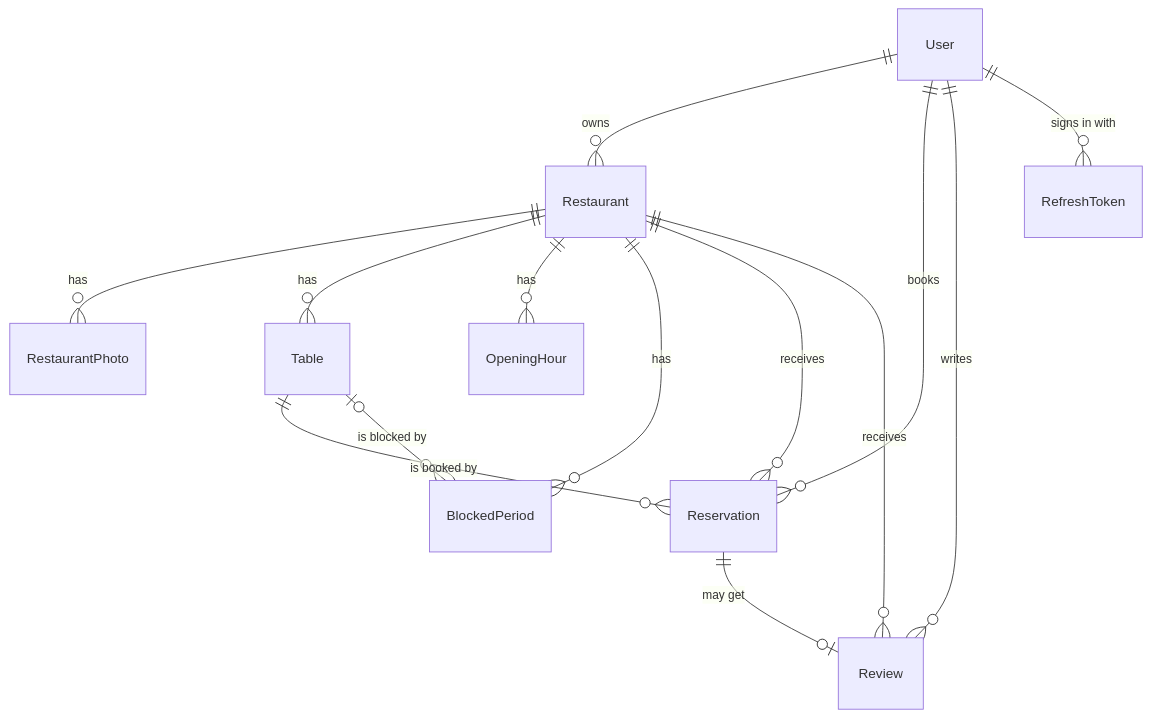
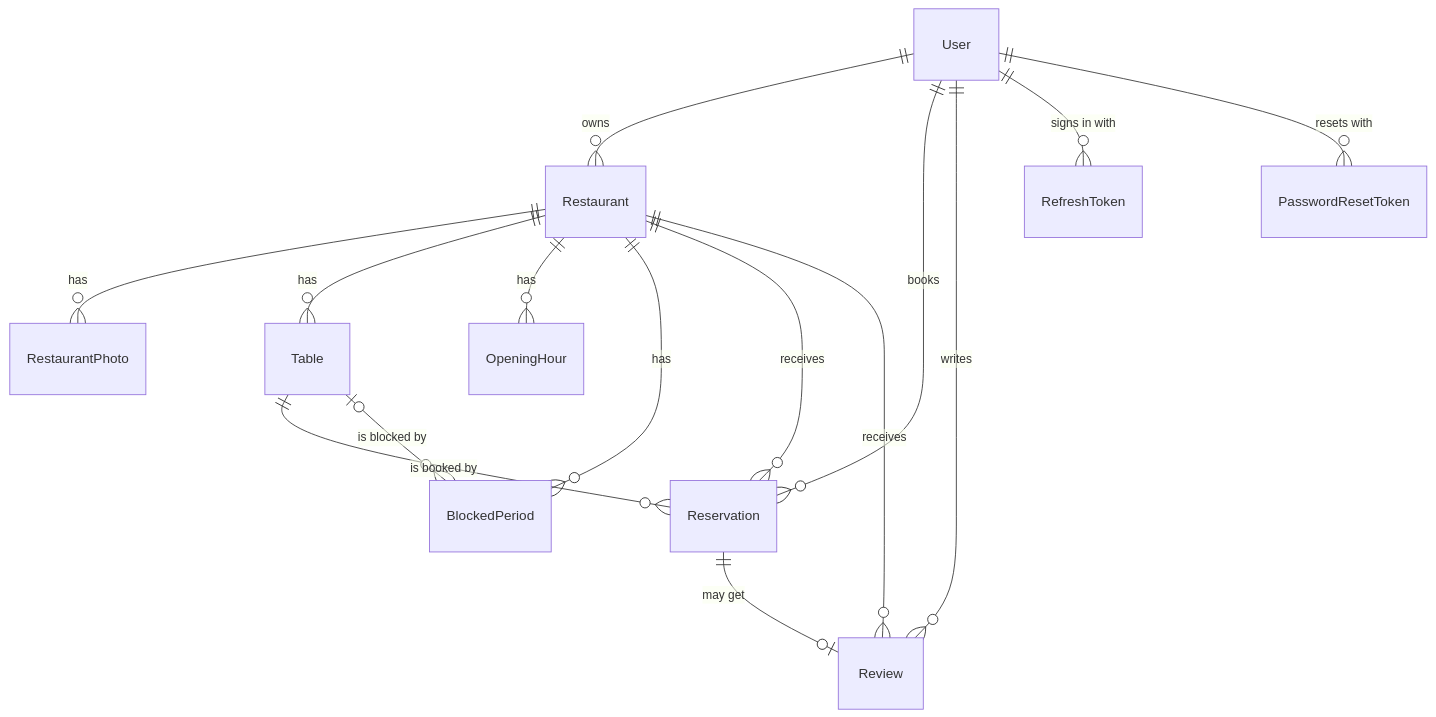
One commit to sonamansuryan/yerevan-restaurant-reservations changed the second of 4 diagrams in PROJECT_PLAN.md. Above: the diagram before and after it, drawn with Mermaid. The commit also changed other lines of this file and 1 other file, not shown here.

````diff
--- a/PROJECT_PLAN.md
+++ b/PROJECT_PLAN.md
@@ -183,16 +189,17 @@
 ```mermaid
 erDiagram
     User ||--o{ Restaurant : owns
     User ||--o{ Reservation : books
     User ||--o{ Review : writes
     User ||--o{ RefreshToken : "signs in with"
+    User ||--o{ PasswordResetToken : "resets with"
     Restaurant ||--o{ RestaurantPhoto : has
     Restaurant ||--o{ Table : has
     Restaurant ||--o{ OpeningHour : has
     Restaurant ||--o{ BlockedPeriod : has
     Restaurant ||--o{ Reservation : receives
     Restaurant ||--o{ Review : receives
     Table ||--o{ Reservation : "is booked by"
     Table |o--o{ BlockedPeriod : "is blocked by"
     Reservation ||--o| Review : "may get"
 ```
````
